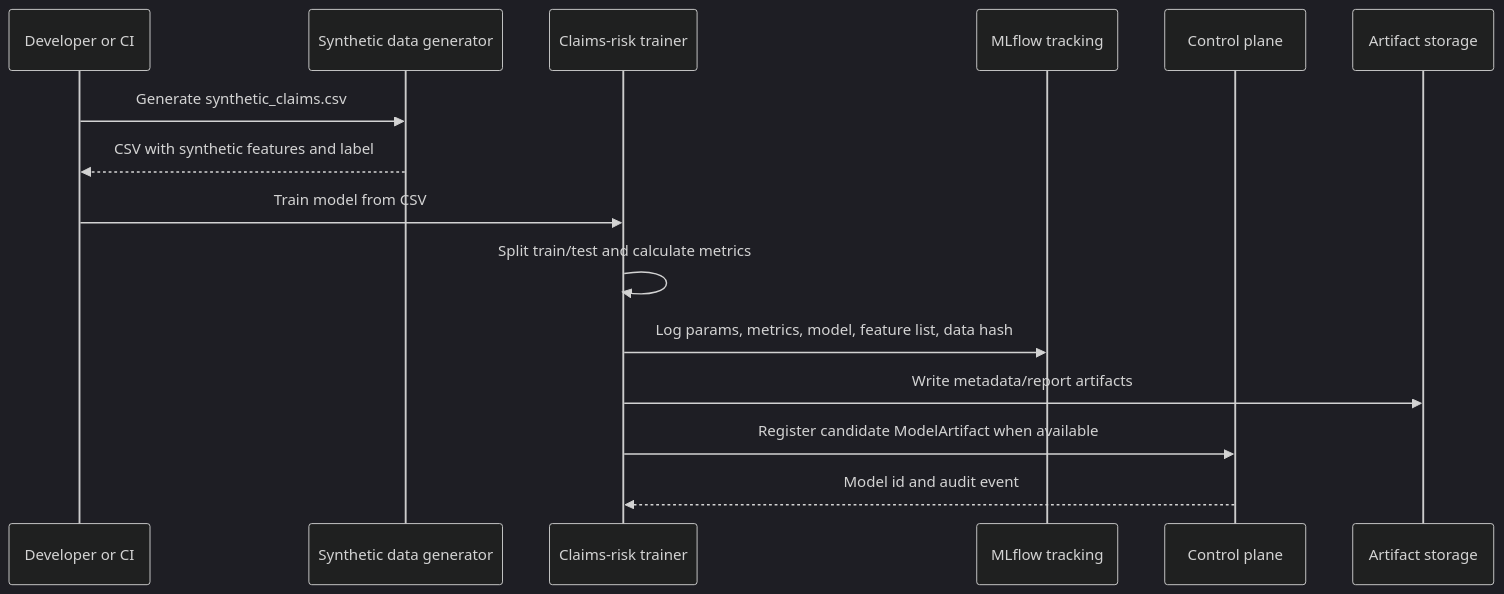
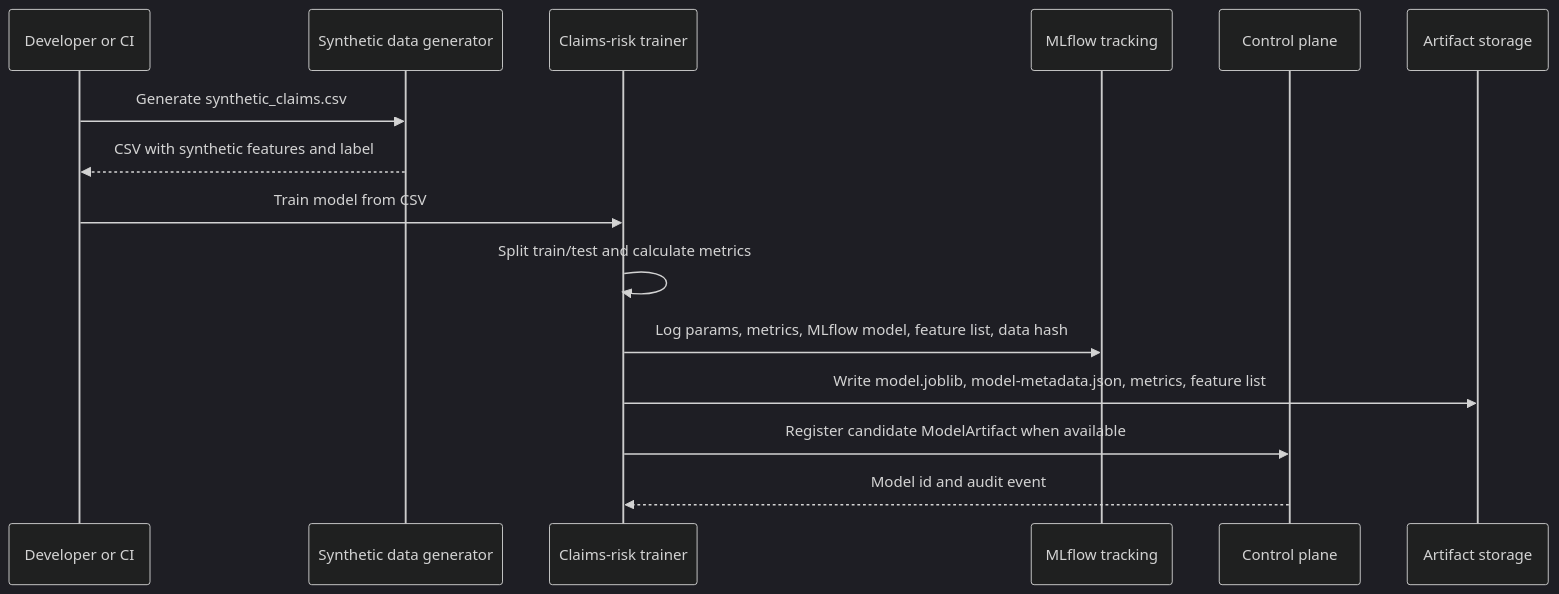
Before and after one commit to gpatwa/careai-platform: the first of 4 diagrams in docs/diagrams/data_flow.md, drawn with Mermaid (dark theme). The commit also changed other lines of this file and 24 other files, not shown here.

````diff
--- a/docs/diagrams/data_flow.md
+++ b/docs/diagrams/data_flow.md
@@ -7,18 +7,18 @@
 ```mermaid
 sequenceDiagram
     participant Dev as Developer or CI
     participant Gen as Synthetic data generator
     participant Train as Claims-risk trainer
     participant MLflow as MLflow tracking
     participant CP as Control plane
     participant Store as Artifact storage
 
     Dev->>Gen: Generate synthetic_claims.csv
     Gen-->>Dev: CSV with synthetic features and label
     Dev->>Train: Train model from CSV
     Train->>Train: Split train/test and calculate metrics
-    Train->>MLflow: Log params, metrics, model, feature list, data hash
-    Train->>Store: Write metadata/report artifacts
+    Train->>MLflow: Log params, metrics, MLflow model, feature list, data hash
+    Train->>Store: Write model.joblib, model-metadata.json, metrics, feature list
     Train->>CP: Register candidate ModelArtifact when available
     CP-->>Train: Model id and audit event
 ```
````
